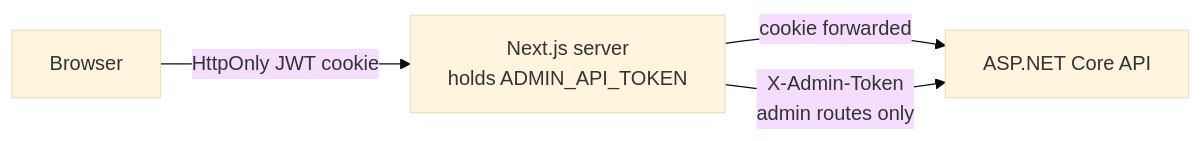
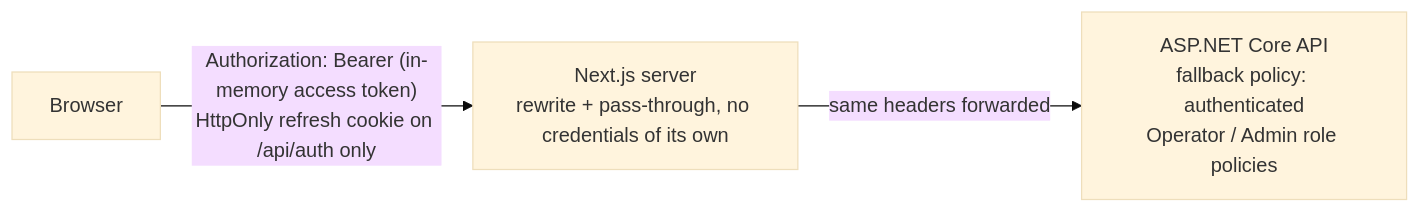
The seventh of 7 diagrams in ARCHITECTURE.md (shamiulriyad/FactoryBrain), drawn with Mermaid (base theme) before and after one commit. The commit also changed other lines of this file and 184 other files, not shown here.

````diff
--- a/ARCHITECTURE.md
+++ b/ARCHITECTURE.md
@@ -242,10 +259,9 @@
 ```mermaid
 flowchart LR
     b["Browser"]
-    n["Next.js server<br/>holds ADMIN_API_TOKEN"]
-    api["ASP.NET Core API"]
+    n["Next.js server<br/>rewrite + pass-through, no credentials of its own"]
+    api["ASP.NET Core API<br/>fallback policy: authenticated<br/>Operator / Admin role policies"]
 
-    b -->|"HttpOnly JWT cookie"| n
-    n -->|"cookie forwarded"| api
-    n -->|"X-Admin-Token<br/>admin routes only"| api
+    b -->|"Authorization: Bearer (in-memory access token)<br/>HttpOnly refresh cookie on /api/auth only"| n
+    n -->|"same headers forwarded"| api
 ```
````
